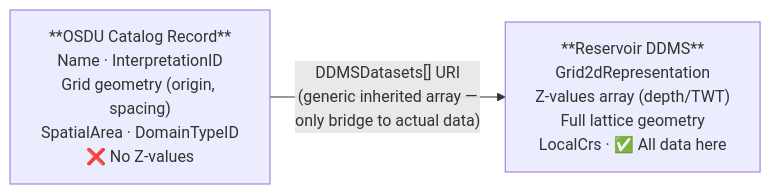
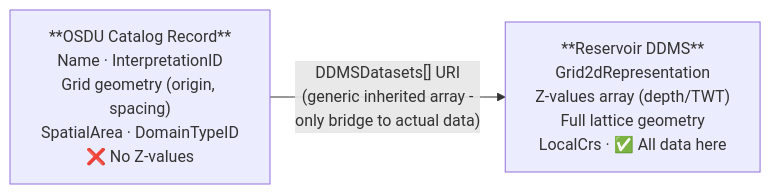
The first of 8 diagrams in md/SeisInt.md (marcusapel/ores), drawn with Mermaid before and after one commit. The commit also changed other lines of this file and 153 other files, not shown here.

````diff
--- a/md/SeisInt.md
+++ b/md/SeisInt.md
@@ -32,6 +32,6 @@
 ```mermaid
 flowchart LR
     OSDU["**OSDU Catalog Record**<br/>Name · InterpretationID<br/>Grid geometry (origin, spacing)<br/>SpatialArea · DomainTypeID<br/>❌ No Z-values"]
     RDDMS["**Reservoir DDMS**<br/>Grid2dRepresentation<br/>Z-values array (depth/TWT)<br/>Full lattice geometry<br/>LocalCrs · ✅ All data here"]
-    OSDU -- "DDMSDatasets[] URI<br/>(generic inherited array —<br/>only bridge to actual data)" --> RDDMS
+    OSDU -- "DDMSDatasets[] URI<br/>(generic inherited array -<br/>only bridge to actual data)" --> RDDMS
 ```
````
